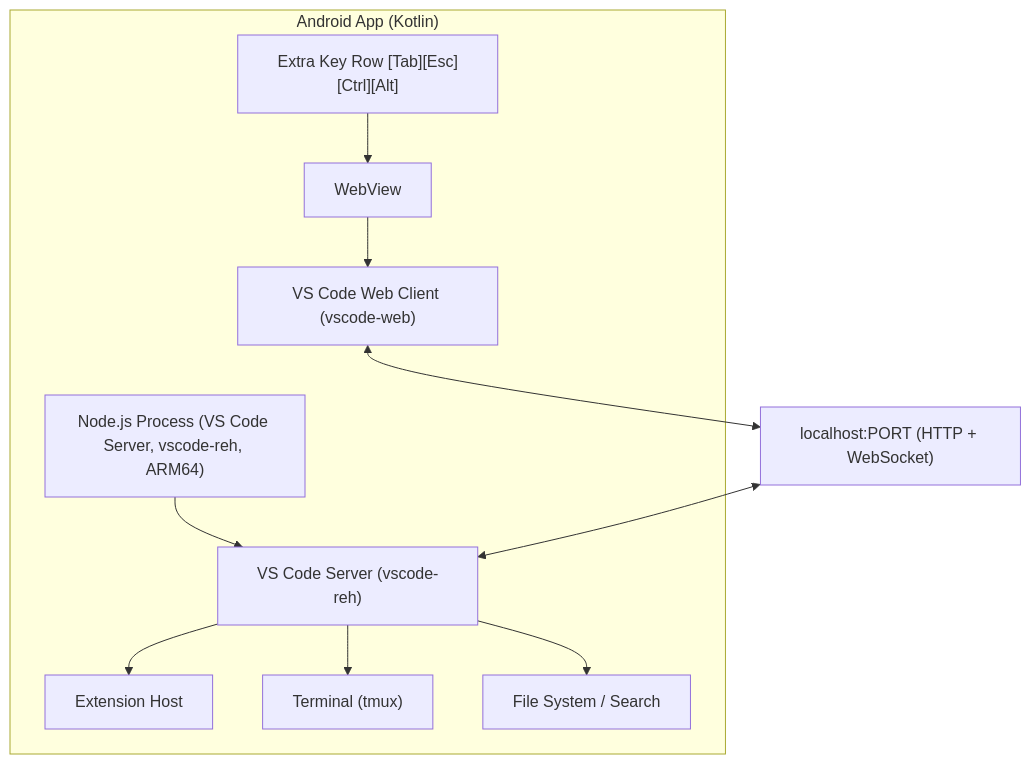
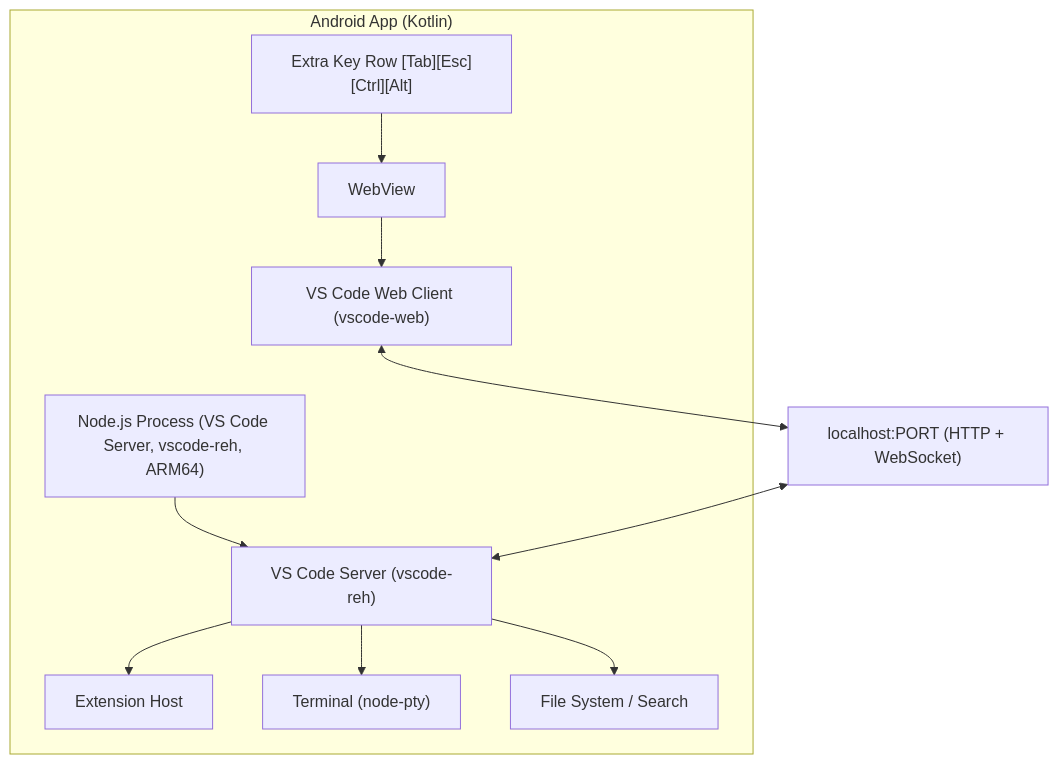
The diagram in README.md (rmyndharis/VSCodroid), drawn with Mermaid before and after one commit. The commit also changed other lines of this file and 11 other files, not shown here.

````diff
--- a/README.md
+++ b/README.md
@@ -47,21 +48,21 @@
 ```mermaid
 flowchart TD
   subgraph APP["Android App (Kotlin)"]
     WV["WebView"]
     WEB["VS Code Web Client (vscode-web)"]
     KEY["Extra Key Row [Tab][Esc][Ctrl][Alt]"]
     NODE["Node.js Process (VS Code Server, vscode-reh, ARM64)"]
     REH["VS Code Server (vscode-reh)"]
     EXT["Extension Host"]
-    TERM["Terminal (tmux)"]
+    TERM["Terminal (node-pty)"]
     FS["File System / Search"]
     WV --> WEB
     NODE --> REH
     REH --> EXT
     REH --> TERM
     REH --> FS
     KEY --> WV
   end
   WEB <--> LOCAL["localhost:PORT (HTTP + WebSocket)"]
   LOCAL <--> REH
 ```
````
